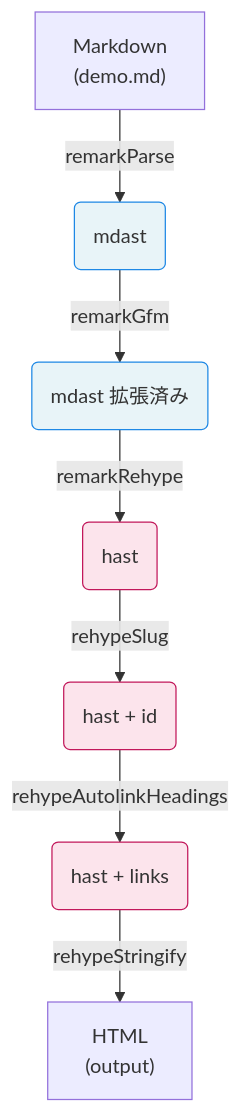
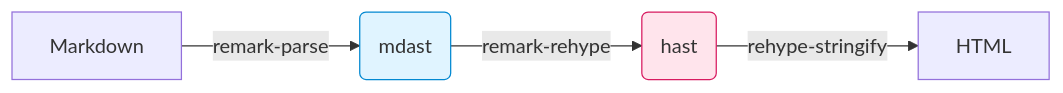
Before and after one commit to jp-knj/zenn: the second of 2 diagrams in articles/8c0236cfa7c726.md, drawn with Mermaid. The commit also changed other lines of this file and 2 other files, not shown here.

````diff
--- a/articles/8c0236cfa7c726.md
+++ b/articles/8c0236cfa7c726.md
@@ -83,14 +59,10 @@
 ```mermaid
-flowchart TD
-  A["Markdown<br/>(demo.md)"] -->|remarkParse| B(mdast)
-  B -->|remarkGfm| C(mdast 拡張済み)
-  C -->|remarkRehype| D(hast)
-  D -->|rehypeSlug| E(hast + id)
-  E -->|rehypeAutolinkHeadings| F(hast + links)
-  F -->|rehypeStringify| G["HTML<br/>(output)"]
-  
-  classDef mdast fill:#e8f4f8,stroke:#1e88e5
-  classDef hast fill:#fce4ec,stroke:#c2185b
-  class B,C mdast
-  class D,E,F hast
+flowchart LR
+  A[Markdown] -->|remark-parse| B(mdast)
+  B -->|remark-rehype| C(hast)
+  C -->|rehype-stringify| D[HTML]
+  classDef mdast fill:#e0f4ff,stroke:#0288d1;
+  classDef hast  fill:#ffe4ec,stroke:#d81b60;
+  class B mdast
+  class C hast
 ```
````
